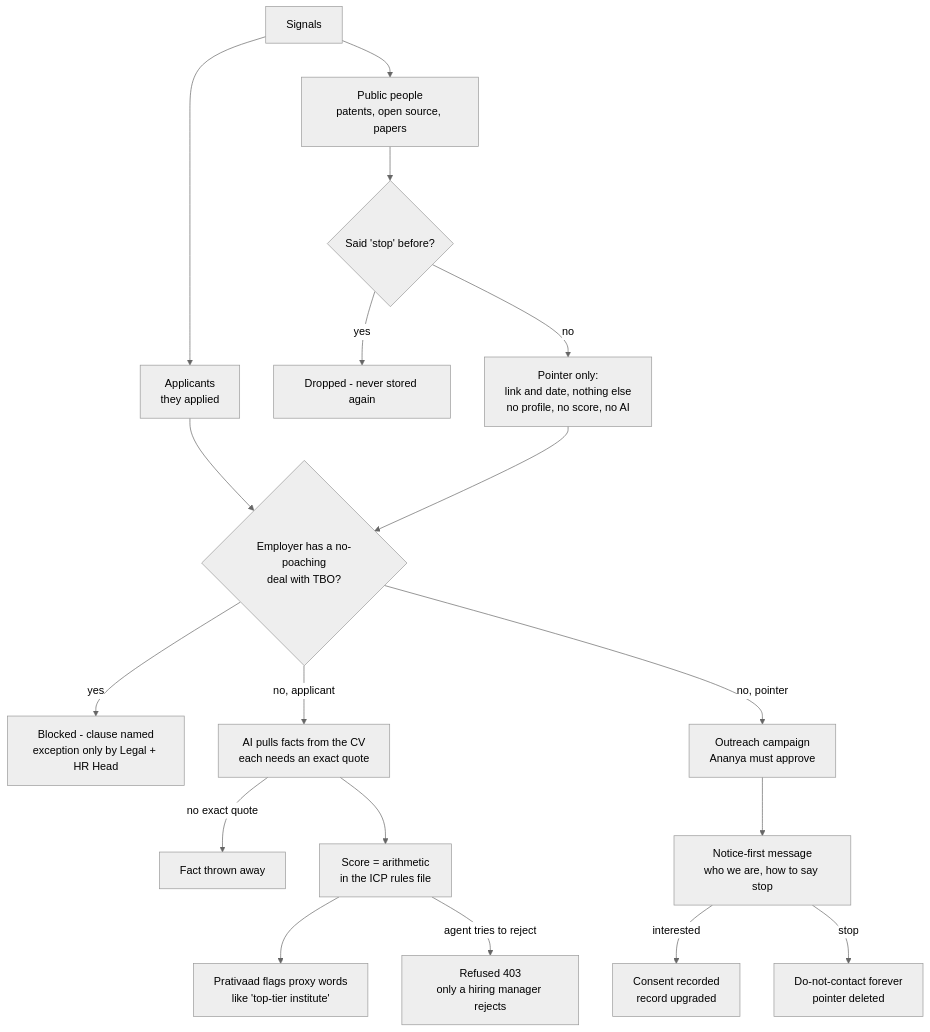
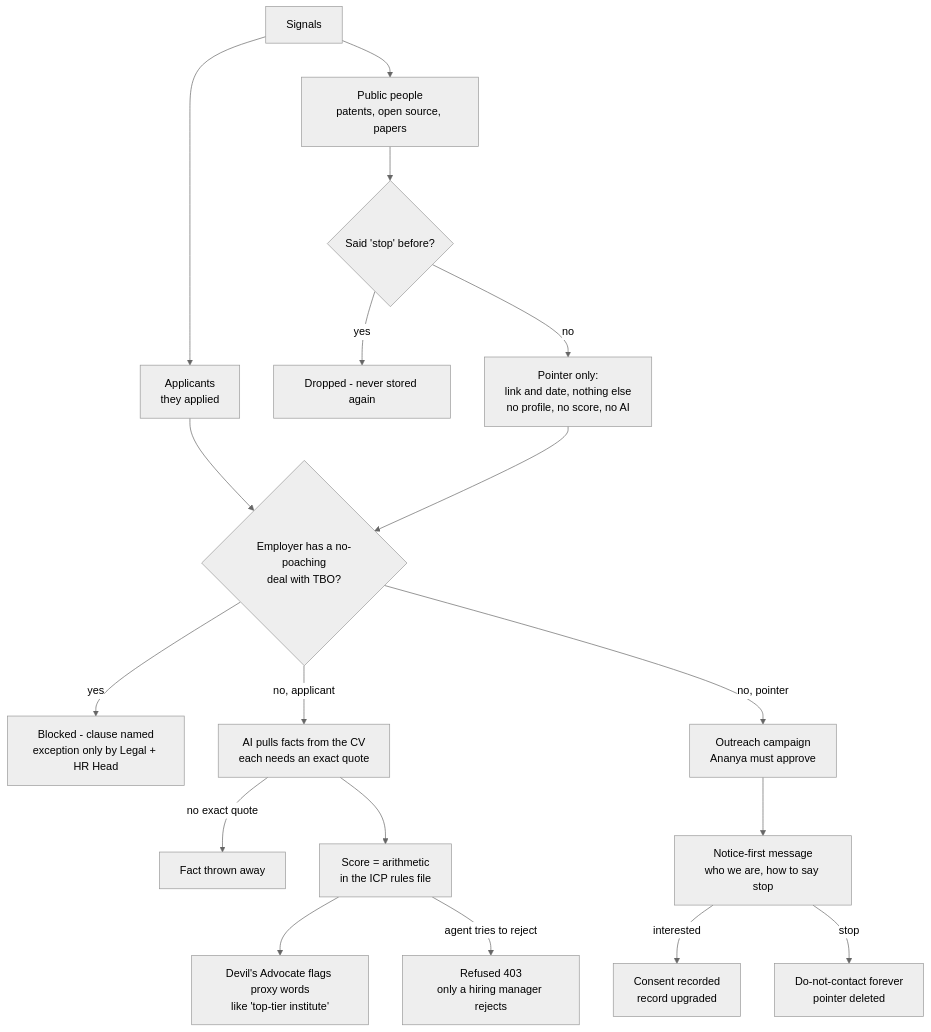
Before and after one commit to sumeettummarmatti/Darwin: the sixth of 6 diagrams in docs/ARCHITECTURE_DIAGRAMS.md, drawn with Mermaid (neutral theme). The commit also changed other lines of this file and 23 other files, not shown here.

First line of the commit message:
docs: rename to HR Autopilot, Gatekeeper, Devil's Advocate and FairHire

````diff
--- a/docs/ARCHITECTURE_DIAGRAMS.md
+++ b/docs/ARCHITECTURE_DIAGRAMS.md
@@ -175,20 +175,20 @@
 ```mermaid
 flowchart TD
     SRC["Signals"] --> APP["Applicants<br/>they applied"]
     SRC --> PUB["Public people<br/>patents, open source, papers"]
     PUB --> SUP{"Said 'stop' before?"}
     SUP -->|yes| DROP["Dropped - never stored again"]
     SUP -->|no| PTR["Pointer only:<br/>link and date, nothing else<br/>no profile, no score, no AI"]
     APP --> RAID{"Employer has a no-poaching<br/>deal with TBO?"}
     PTR --> RAID
     RAID -->|yes| BLOCK["Blocked - clause named<br/>exception only by Legal + HR Head"]
     RAID -->|no, applicant| CLAIMS["AI pulls facts from the CV<br/>each needs an exact quote"]
     CLAIMS -->|"no exact quote"| BIN["Fact thrown away"]
     CLAIMS --> SCORE["Score = arithmetic<br/>in the ICP rules file"]
-    SCORE --> BIAS["Prativaad flags proxy words<br/>like 'top-tier institute'"]
+    SCORE --> BIAS["Devil's Advocate flags proxy words<br/>like 'top-tier institute'"]
     SCORE -->|"agent tries to reject"| NO403["Refused 403<br/>only a hiring manager rejects"]
     RAID -->|no, pointer| CAMP["Outreach campaign<br/>Ananya must approve"]
     CAMP --> SEND["Notice-first message<br/>who we are, how to say stop"]
     SEND -->|"interested"| CONSENT["Consent recorded<br/>record upgraded"]
     SEND -->|"stop"| FOREVER["Do-not-contact forever<br/>pointer deleted"]
 ```
````
